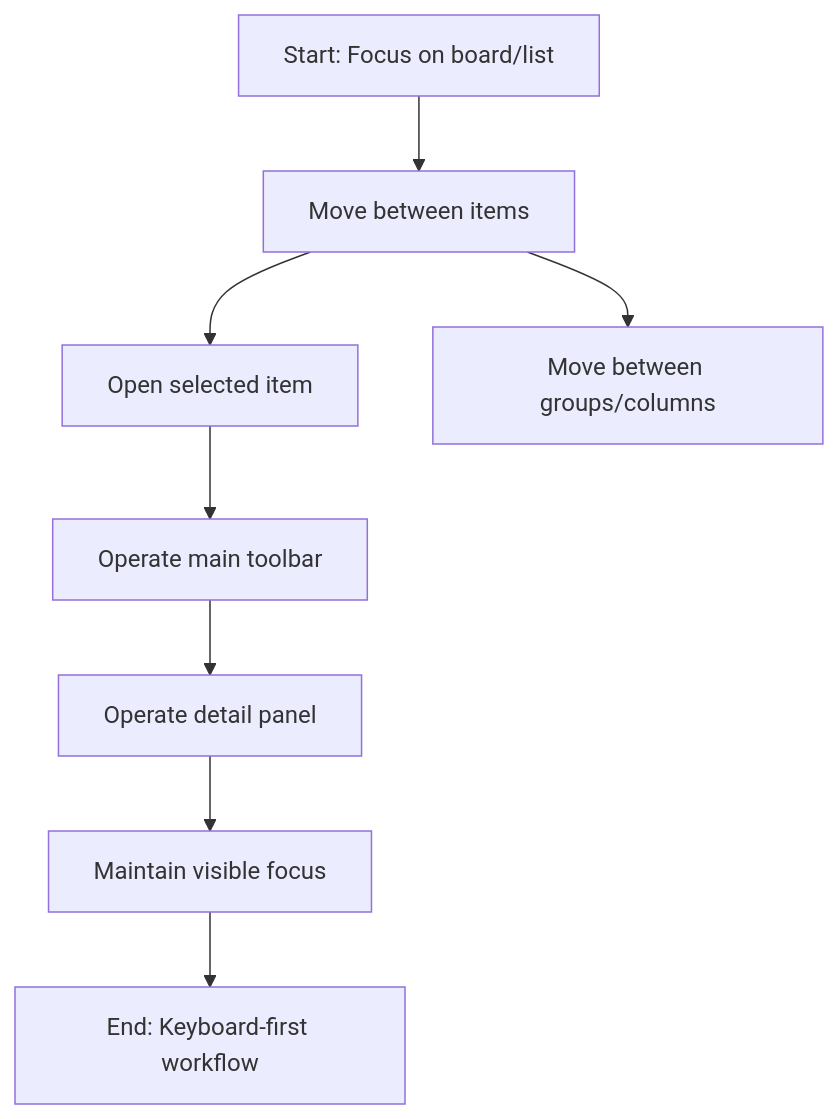
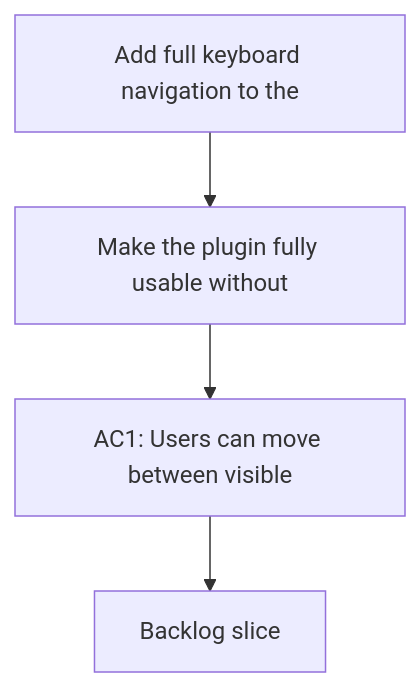
One commit to AlexAgo83/logics-manager changed the diagram in logics/request/req_035_add_full_keyboard_navigation_to_the_plugin.md. Above: the diagram before and after it, drawn with Mermaid. The commit also changed 50 other files, not shown here.

````diff
--- a/logics/request/req_035_add_full_keyboard_navigation_to_the_plugin.md
+++ b/logics/request/req_035_add_full_keyboard_navigation_to_the_plugin.md
@@ -10,12 +10,8 @@
 ```mermaid
 %% logics-kind: request
 %% logics-signature: request|add-full-keyboard-navigation-to-the-plug|make-the-plugin-fully-usable-without|ac1-users-can-move-between-visible
 flowchart TD
-  A[Start: Focus on board/list] --> B[Move between items]
-  B --> C[Open selected item]
-  B --> D[Move between groups/columns]
-  C --> E[Operate main toolbar]
-  E --> F[Operate detail panel]
-  F --> G[Maintain visible focus]
-  G --> H[End: Keyboard-first workflow]
+    Trigger[Add full keyboard navigation to the] --> Need[Make the plugin fully usable without]
+    Need --> Outcome[AC1: Users can move between visible]
+    Outcome --> Backlog[Backlog slice]
 ```
````
